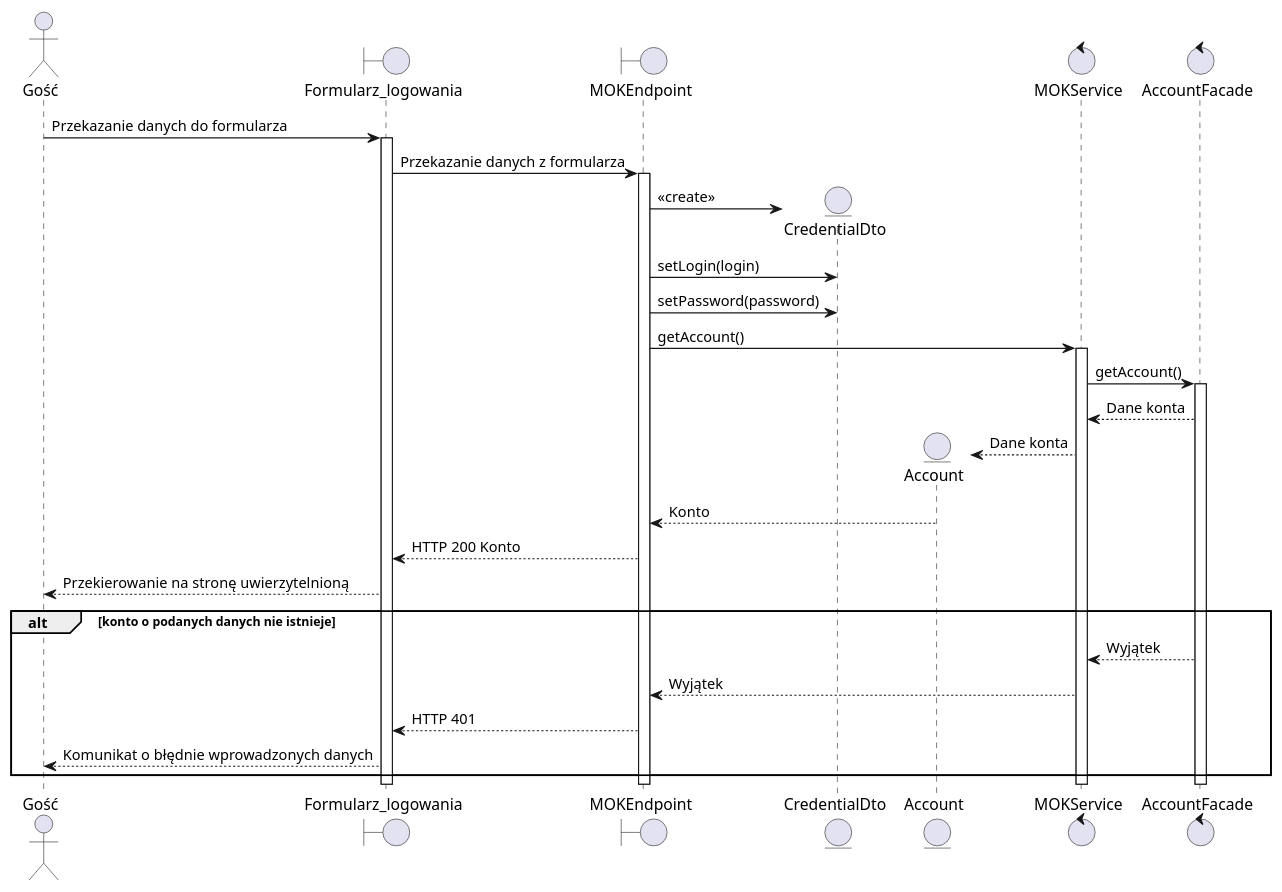
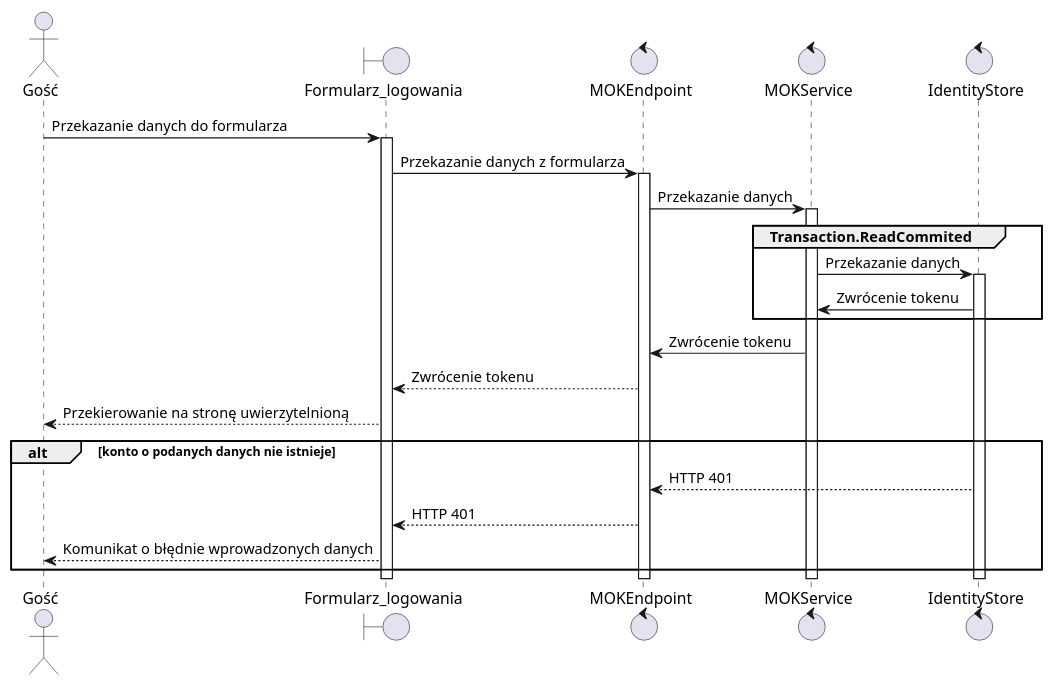
One commit to TheVivent-Politechnika-Lodzka/ssbd03_kic_uml changed the diagram in src/rozdział 7/mok12.plantuml. Above: the diagram before and after it, drawn with PlantUML. The commit also changed other lines of this file, not shown here.

Commit message:
mok12 poprawiony

```diff
--- a/src/rozdział 7/mok12.plantuml
+++ b/src/rozdział 7/mok12.plantuml
@@ -1,32 +1,30 @@
 @startuml sekwencyjny
 
 actor Gość as user
 boundary Formularz_logowania as gui
-boundary MOKEndpoint as controller
-entity CredentialDto as credential
-entity Account as account
+control MOKEndpoint as controller
 control MOKService as service
-control AccountFacade as facade
+control IdentityStore as auth
+
 
 
 user -> gui ++ : Przekazanie danych do formularza
 gui -> controller ++ : Przekazanie danych z formularza
-controller -> credential **: <<create>>
-controller -> credential : setLogin(login)
-controller -> credential : setPassword(password)
-controller -> service ++ : getAccount()
-service -> facade ++ : getAccount()
-facade --> service: Dane konta
-service --> account**  : Dane konta
-account  --> controller : Konto
-controller --> gui : HTTP 200 Konto
+controller -> service ++ : Przekazanie danych
+
+group  Transaction.ReadCommited
+service -> auth ++ : Przekazanie danych
+auth -> service : Zwrócenie tokenu
+end
+
+service -> controller : Zwrócenie tokenu
+controller --> gui : Zwrócenie tokenu
 gui --> user : Przekierowanie na stronę uwierzytelnioną 
 
 alt konto o podanych danych nie istnieje
-    facade --> service : Wyjątek
-    service --> controller : Wyjątek
+    auth --> controller : HTTP 401
     controller --> gui : HTTP 401
     gui --> user : Komunikat o błędnie wprowadzonych danych 
 end
 
 @enduml
```
